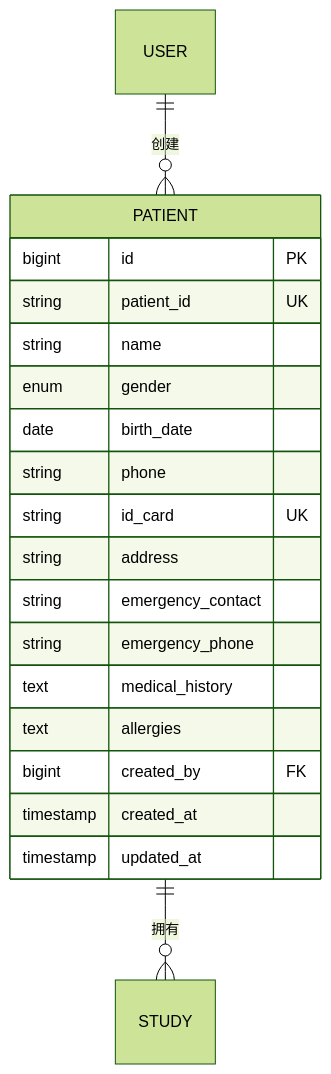
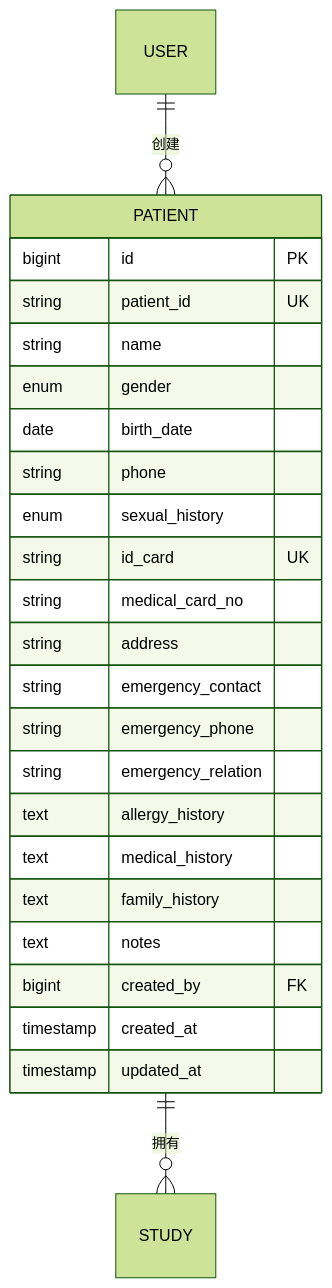
The second of 3 diagrams in wiki/API参考/患者管理API.md (xingranya/CervixDetectAI), drawn with Mermaid (forest theme) before and after one commit. The commit also changed other lines of this file and 9 other files, not shown here.

````diff
--- a/wiki/API参考/患者管理API.md
+++ b/wiki/API参考/患者管理API.md
@@ -422,22 +452,27 @@
 ```mermaid
 erDiagram
 PATIENT {
 bigint id PK
 string patient_id UK
 string name
 enum gender
 date birth_date
 string phone
+enum sexual_history
 string id_card UK
+string medical_card_no
 string address
 string emergency_contact
 string emergency_phone
+string emergency_relation
+text allergy_history
 text medical_history
-text allergies
+text family_history
+text notes
 bigint created_by FK
 timestamp created_at
 timestamp updated_at
 }
 USER ||--o{ PATIENT : "创建"
 PATIENT ||--o{ STUDY : "拥有"
 ```
````
